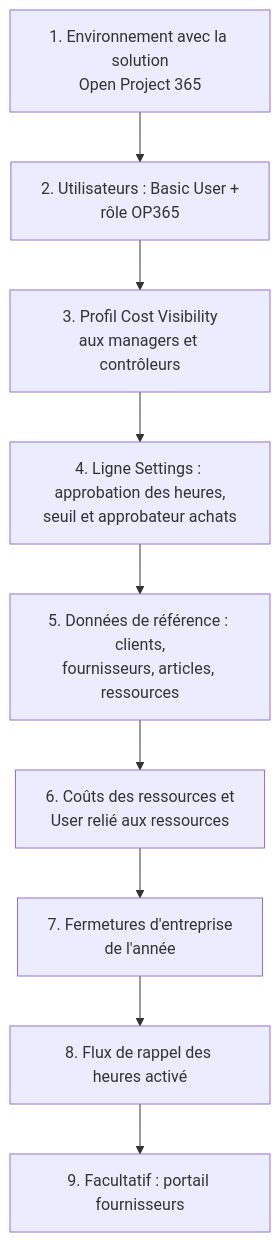
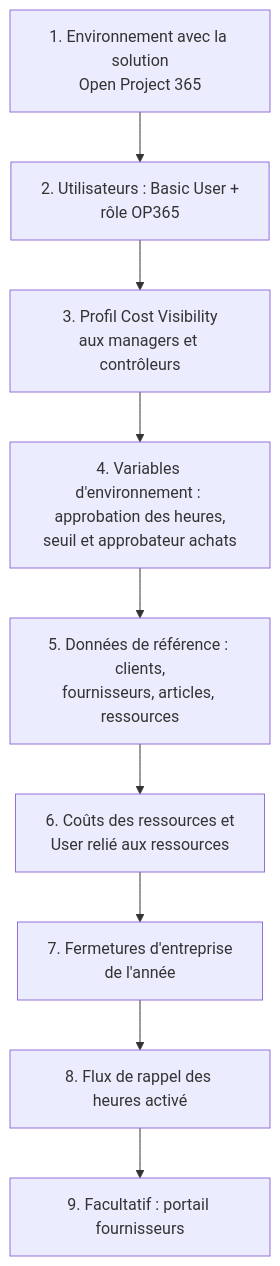
One commit to Power-Builders-Italia/ProjectIQ changed the first of 2 diagrams in docs/fr/administration.md. Above: the diagram before and after it, drawn with Mermaid. The commit also changed other lines of this file and 64 other files, not shown here.

First line of the commit message:
Company settings as environment variables (#22)

````diff
--- a/docs/fr/administration.md
+++ b/docs/fr/administration.md
@@ -12,11 +12,11 @@
 ```mermaid
 flowchart TD
     A[1. Environnement avec la solution<br/>Open Project 365] --> B[2. Utilisateurs : Basic User +<br/>rôle OP365]
     B --> C[3. Profil Cost Visibility<br/>aux managers et contrôleurs]
-    C --> D[4. Ligne Settings : approbation des heures,<br/>seuil et approbateur achats]
+    C --> D[4. Variables d'environnement : approbation des heures,<br/>seuil et approbateur achats]
     D --> E[5. Données de référence : clients,<br/>fournisseurs, articles, ressources]
     E --> F[6. Coûts des ressources et<br/>User relié aux ressources]
     F --> G[7. Fermetures d'entreprise<br/>de l'année]
     G --> H[8. Flux de rappel des heures activé]
     H --> I[9. Facultatif : portail fournisseurs]
 ```
````
